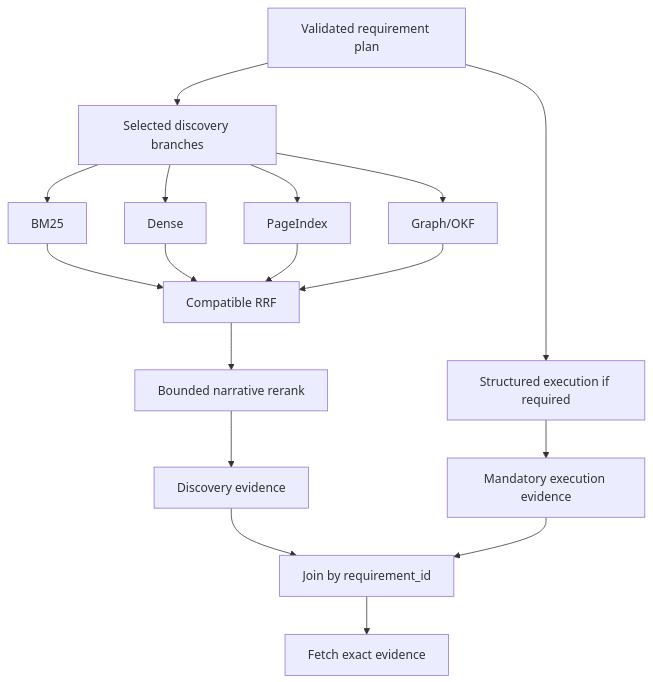
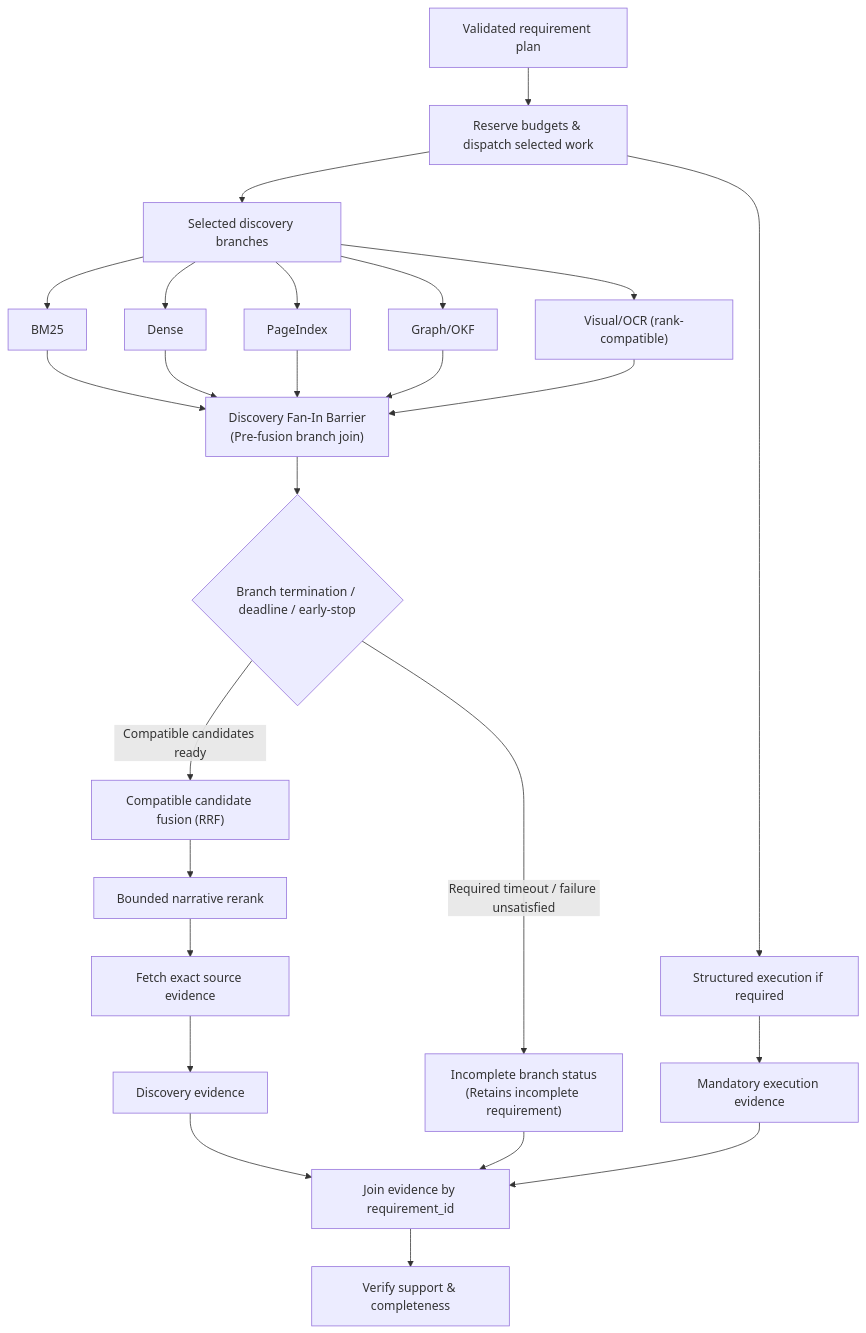
The diagram in docs/diagrams/06_RETRIEVAL_EXECUTION_JOIN.md (SGOD-pro/knowledge-retrieval-engine), drawn with Mermaid before and after one commit. The commit also changed other lines of this file and 21 other files, not shown here.

Commit message:
updated the docs according to the architecture-bible

````diff
--- a/docs/diagrams/06_RETRIEVAL_EXECUTION_JOIN.md
+++ b/docs/diagrams/06_RETRIEVAL_EXECUTION_JOIN.md
@@ -3,24 +3,33 @@
 ```mermaid
 flowchart TB
-    PLAN["Validated requirement plan"] --> DISC["Selected discovery branches"]
-    PLAN --> EXE["Structured execution if required"]
+    PLAN["Validated requirement plan"] --> BUDGET["Reserve budgets & dispatch selected work"]
+    BUDGET --> DISC["Selected discovery branches"]
+    BUDGET --> EXE["Structured execution if required"]
 
     DISC --> BM["BM25"]
     DISC --> DV["Dense"]
     DISC --> PI["PageIndex"]
     DISC --> GR["Graph/OKF"]
+    DISC --> VIS["Visual/OCR (rank-compatible)"]
 
-    BM --> RRF["Compatible RRF"]
-    DV --> RRF
-    PI --> RRF
-    GR --> RRF
+    BM --> BARRIER["Discovery Fan-In Barrier\n(Pre-fusion branch join)"]
+    DV --> BARRIER
+    PI --> BARRIER
+    GR --> BARRIER
+    VIS --> BARRIER
+
+    BARRIER --> JOIN_DECISION{"Branch termination / deadline / early-stop"}
+    JOIN_DECISION -->|Compatible candidates ready| RRF["Compatible candidate fusion (RRF)"]
+    JOIN_DECISION -->|Required timeout / failure unsatisfied| INC["Incomplete branch status\n(Retains incomplete requirement)"]
 
     RRF --> RR["Bounded narrative rerank"]
-    RR --> DC["Discovery evidence"]
+    RR --> FETCH["Fetch exact source evidence"]
+    FETCH --> DC["Discovery evidence"]
 
     EXE --> ME["Mandatory execution evidence"]
 
-    DC --> JOIN["Join by requirement_id"]
-    ME --> JOIN
-    JOIN --> FETCH["Fetch exact evidence"]
+    DC --> REQ_JOIN["Join evidence by requirement_id"]
+    ME --> REQ_JOIN
+    INC --> REQ_JOIN
+    REQ_JOIN --> VERIFY["Verify support & completeness"]
 ```
````
